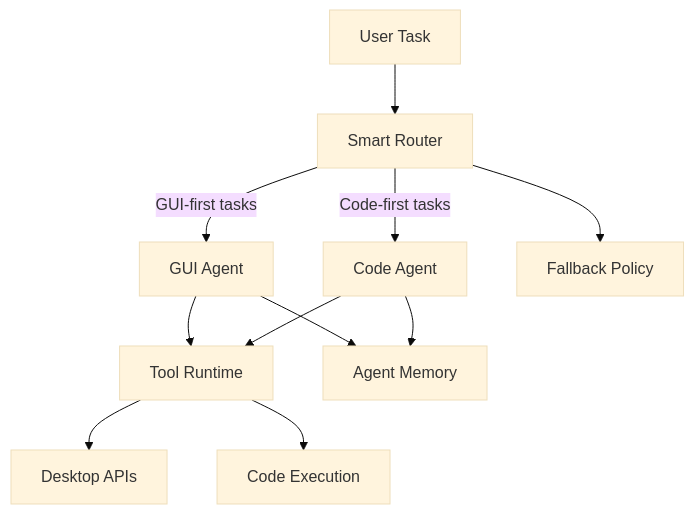
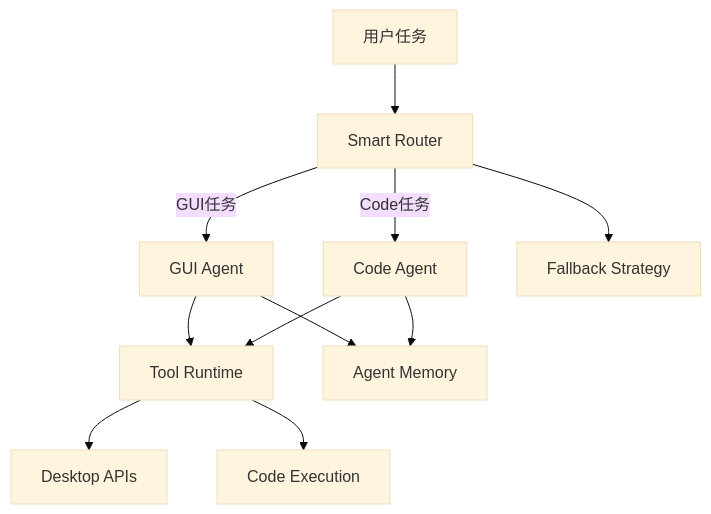
One commit to sudo-yf/hackathon2512 changed the diagram in README.md. Above: the diagram before and after it, drawn with Mermaid (base theme). The commit also changed other lines of this file and 2 other files, not shown here.

Commit message:
docs: rewrite README in Chinese-first style and add compose runtime

````diff
--- a/README.md
+++ b/README.md
@@ -43,13 +36,13 @@
 ```mermaid
 graph TD
-    User[User Task] --> Router[Smart Router]
-    Router -->|GUI-first tasks| GUIAgent[GUI Agent]
-    Router -->|Code-first tasks| CodeAgent[Code Agent]
+    User[用户任务] --> Router[Smart Router]
+    Router -->|GUI任务| GUIAgent[GUI Agent]
+    Router -->|Code任务| CodeAgent[Code Agent]
     GUIAgent --> Tools[Tool Runtime]
     CodeAgent --> Tools
     Tools --> Desktop[Desktop APIs]
     Tools --> Exec[Code Execution]
     GUIAgent --> Memory[Agent Memory]
     CodeAgent --> Memory
-    Router --> Fallback[Fallback Policy]
+    Router --> Fallback[Fallback Strategy]
 ```
````
